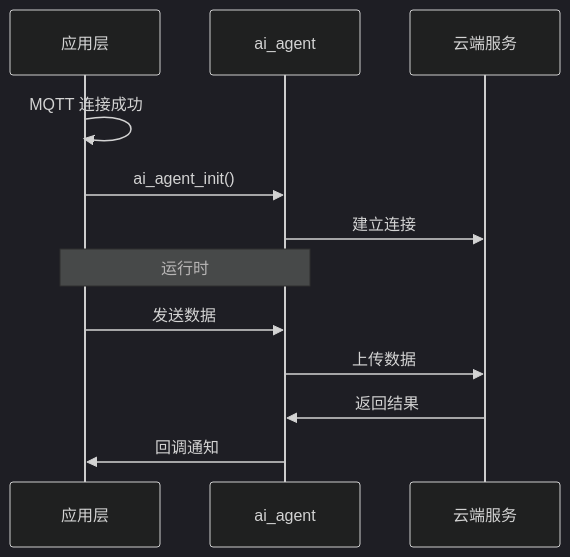
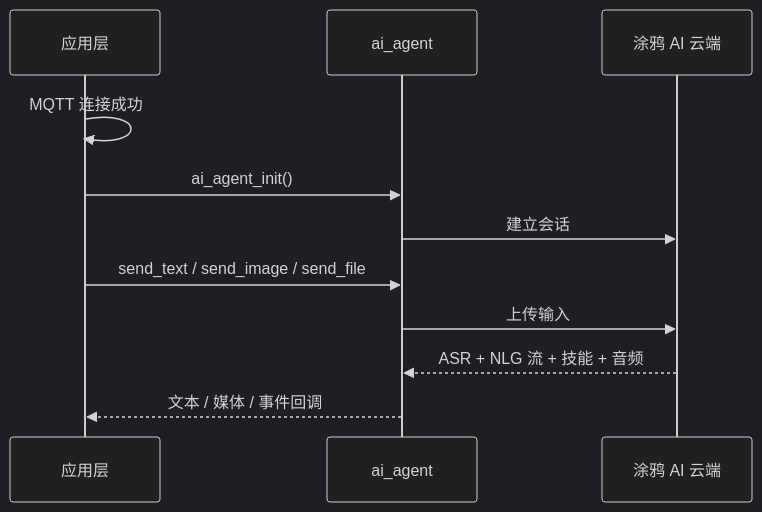
The diagram in i18n/zh/docusaurus-plugin-content-docs/current/cloud/device-ai/ai-components/ai-agent.md (Tuya-Community/TuyaOpen.io), drawn with Mermaid (dark theme) before and after one commit. The commit also changed other lines of this file and 365 other files, not shown here.

````diff
--- a/i18n/zh/docusaurus-plugin-content-docs/current/cloud/device-ai/ai-components/ai-agent.md
+++ b/i18n/zh/docusaurus-plugin-content-docs/current/cloud/device-ai/ai-components/ai-agent.md
@@ -295,17 +100,13 @@
 ```mermaid
 sequenceDiagram
     participant App as 应用层
     participant Agent as ai_agent
-    participant Cloud as 云端服务
-
+    participant Cloud as 涂鸦 AI 云端
     App->>App: MQTT 连接成功
     App->>Agent: ai_agent_init()
-    Agent->>Cloud: 建立连接
-    
-    Note over App,Agent: 运行时
-    
-    App->>Agent: 发送数据
-    Agent->>Cloud: 上传数据
-    Cloud->>Agent: 返回结果
-    Agent->>App: 回调通知
+    Agent->>Cloud: 建立会话
+    App->>Agent: send_text / send_image / send_file
+    Agent->>Cloud: 上传输入
+    Cloud-->>Agent: ASR + NLG 流 + 技能 + 音频
+    Agent-->>App: 文本 / 媒体 / 事件回调
 ```
````
